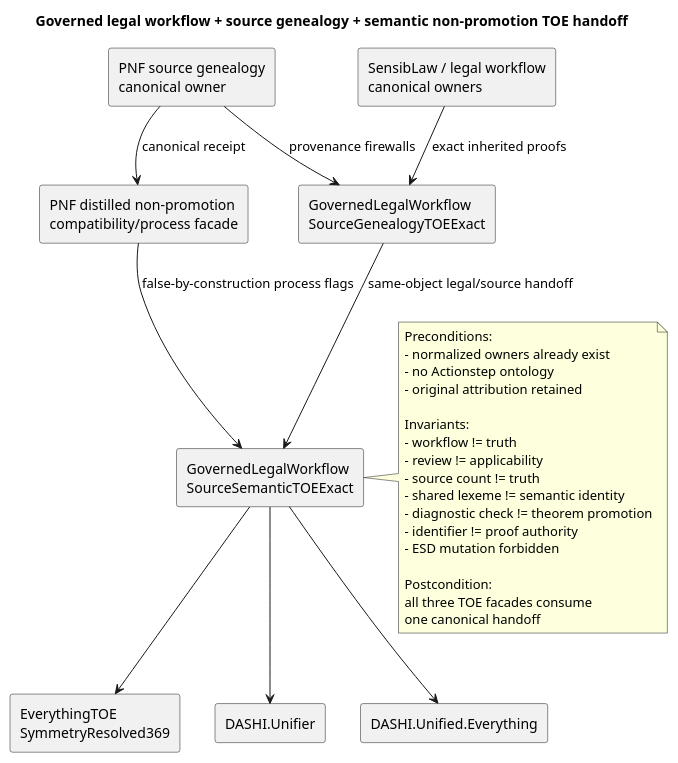
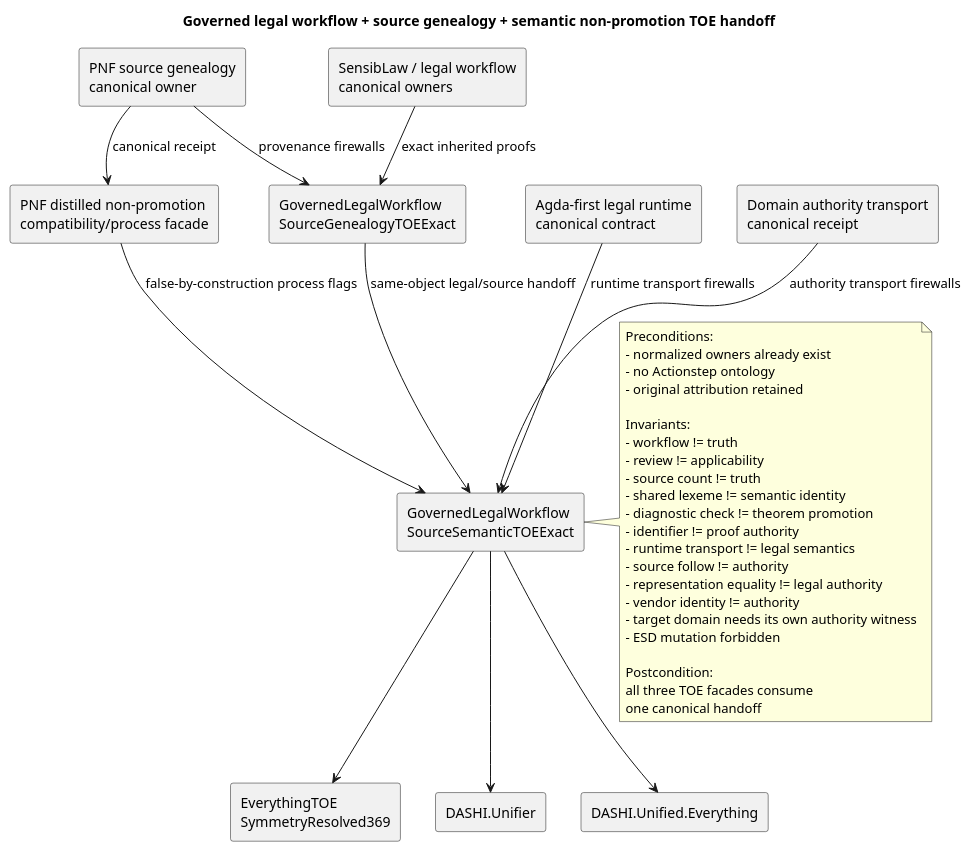
The diagram in Docs/architecture/GovernedLegalWorkflowSourceSemanticTOE.puml (chboishabba/dashi_agda), drawn with PlantUML before and after one commit.

Commit message:
docs: add runtime and domain authority transport to source semantic graph

```diff
--- a/Docs/architecture/GovernedLegalWorkflowSourceSemanticTOE.puml
+++ b/Docs/architecture/GovernedLegalWorkflowSourceSemanticTOE.puml
@@ -1,45 +1,54 @@
 @startuml
 title Governed legal workflow + source genealogy + semantic non-promotion TOE handoff
 
 skinparam componentStyle rectangle
 
 component "SensibLaw / legal workflow\ncanonical owners" as Legal
 component "PNF source genealogy\ncanonical owner" as Source
 component "PNF distilled non-promotion\ncompatibility/process facade" as Distilled
+component "Agda-first legal runtime\ncanonical contract" as Runtime
+component "Domain authority transport\ncanonical receipt" as Domain
 component "GovernedLegalWorkflow\nSourceGenealogyTOEExact" as LegalSource
 component "GovernedLegalWorkflow\nSourceSemanticTOEExact" as Join
 component "EverythingTOE\nSymmetryResolved369" as Root
 component "DASHI.Unifier" as Unifier
 component "DASHI.Unified.Everything" as Unified
 
 Legal --> LegalSource : exact inherited proofs
 Source --> LegalSource : provenance firewalls
 Source --> Distilled : canonical receipt
 Distilled --> Join : false-by-construction process flags
+Runtime --> Join : runtime transport firewalls
+Domain --> Join : authority transport firewalls
 LegalSource --> Join : same-object legal/source handoff
 
 Join --> Root
 Join --> Unifier
 Join --> Unified
 
 note right of Join
 Preconditions:
 - normalized owners already exist
 - no Actionstep ontology
 - original attribution retained
 
 Invariants:
 - workflow != truth
 - review != applicability
 - source count != truth
 - shared lexeme != semantic identity
 - diagnostic check != theorem promotion
 - identifier != proof authority
+- runtime transport != legal semantics
+- source follow != authority
+- representation equality != legal authority
+- vendor identity != authority
+- target domain needs its own authority witness
 - ESD mutation forbidden
 
 Postcondition:
 all three TOE facades consume
 one canonical handoff
 end note
 
 @enduml
```
